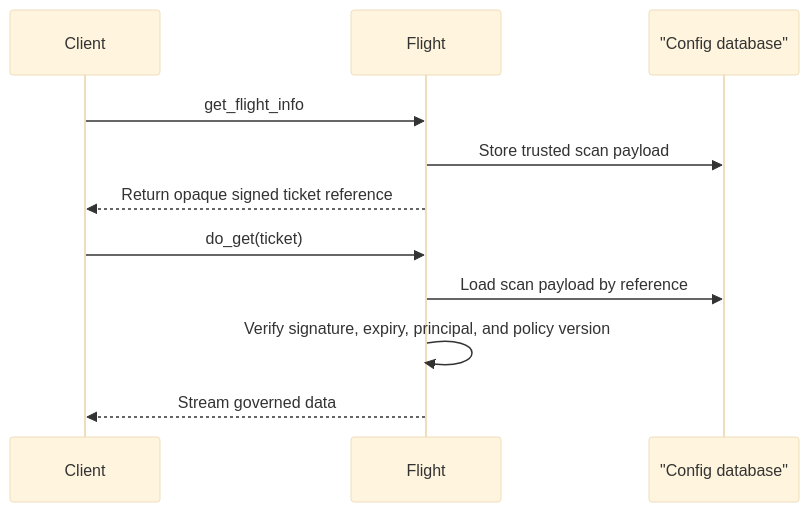
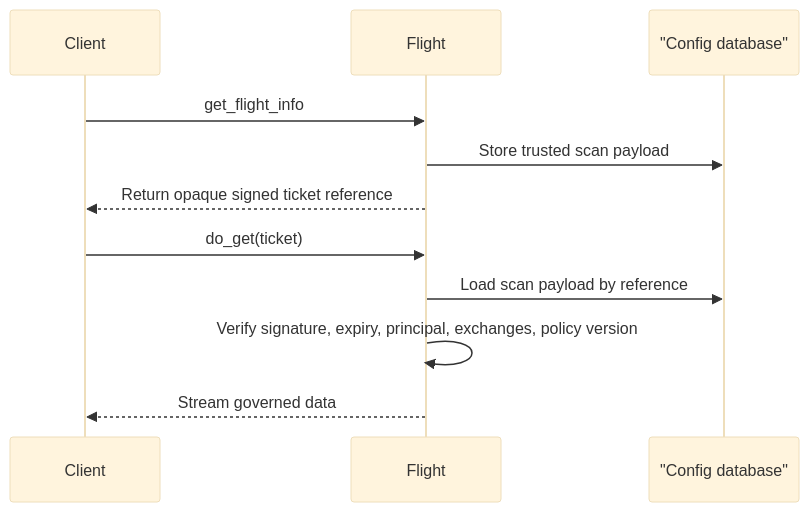
The second of 3 diagrams in docs/security.md (snithish/dal-obscura), drawn with Mermaid (base theme) before and after one commit. The commit also changed other lines of this file and 10 other files, not shown here.

````diff
--- a/docs/security.md
+++ b/docs/security.md
@@ -35,14 +62,14 @@
 ```mermaid
 sequenceDiagram
     participant Client
     participant Flight
     participant Store as "Config database"
 
     Client->>Flight: get_flight_info
     Flight->>Store: Store trusted scan payload
     Flight-->>Client: Return opaque signed ticket reference
     Client->>Flight: do_get(ticket)
     Flight->>Store: Load scan payload by reference
-    Flight->>Flight: Verify signature, expiry, principal, and policy version
+    Flight->>Flight: Verify signature, expiry, principal, exchanges, policy version
     Flight-->>Client: Stream governed data
 ```
````
